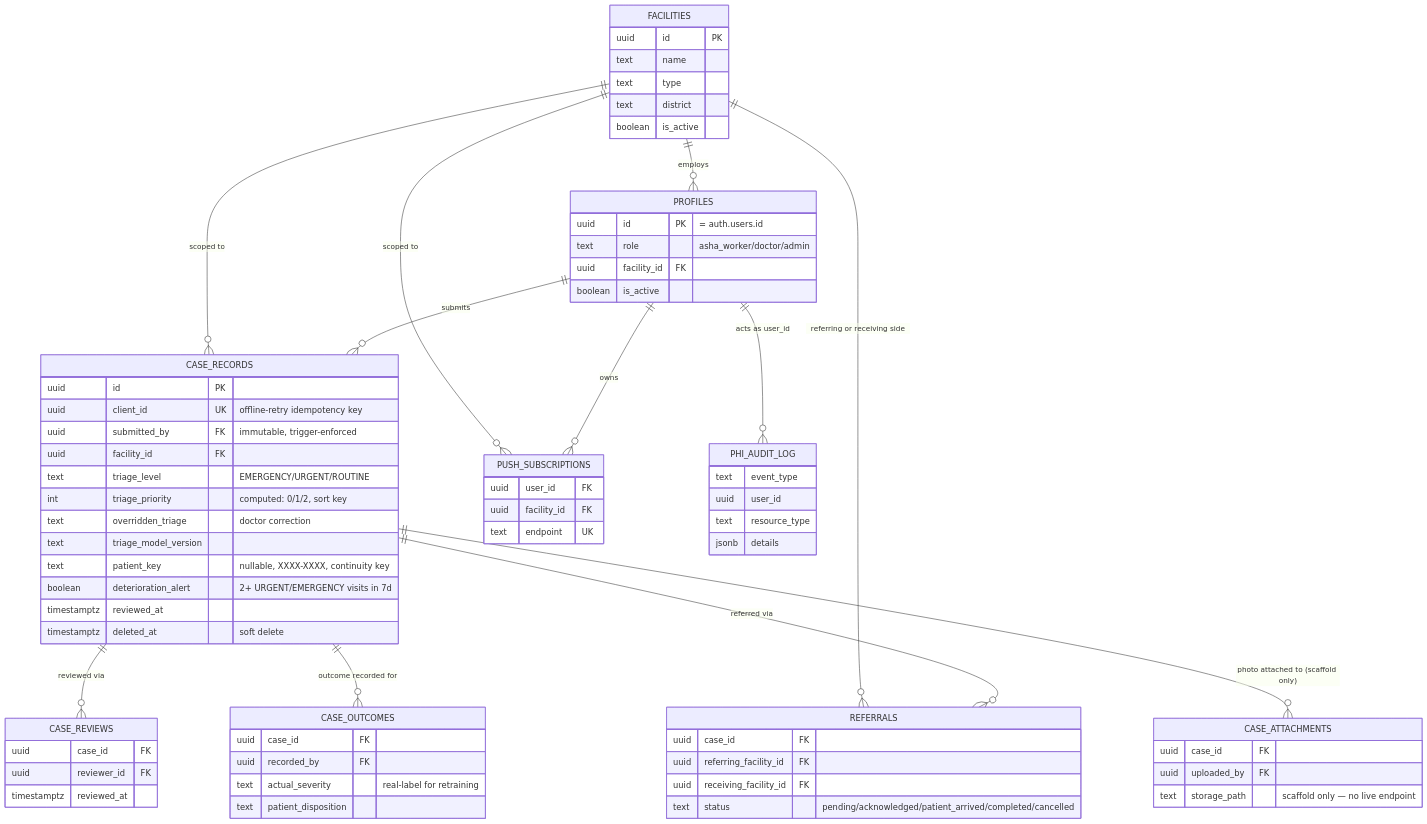
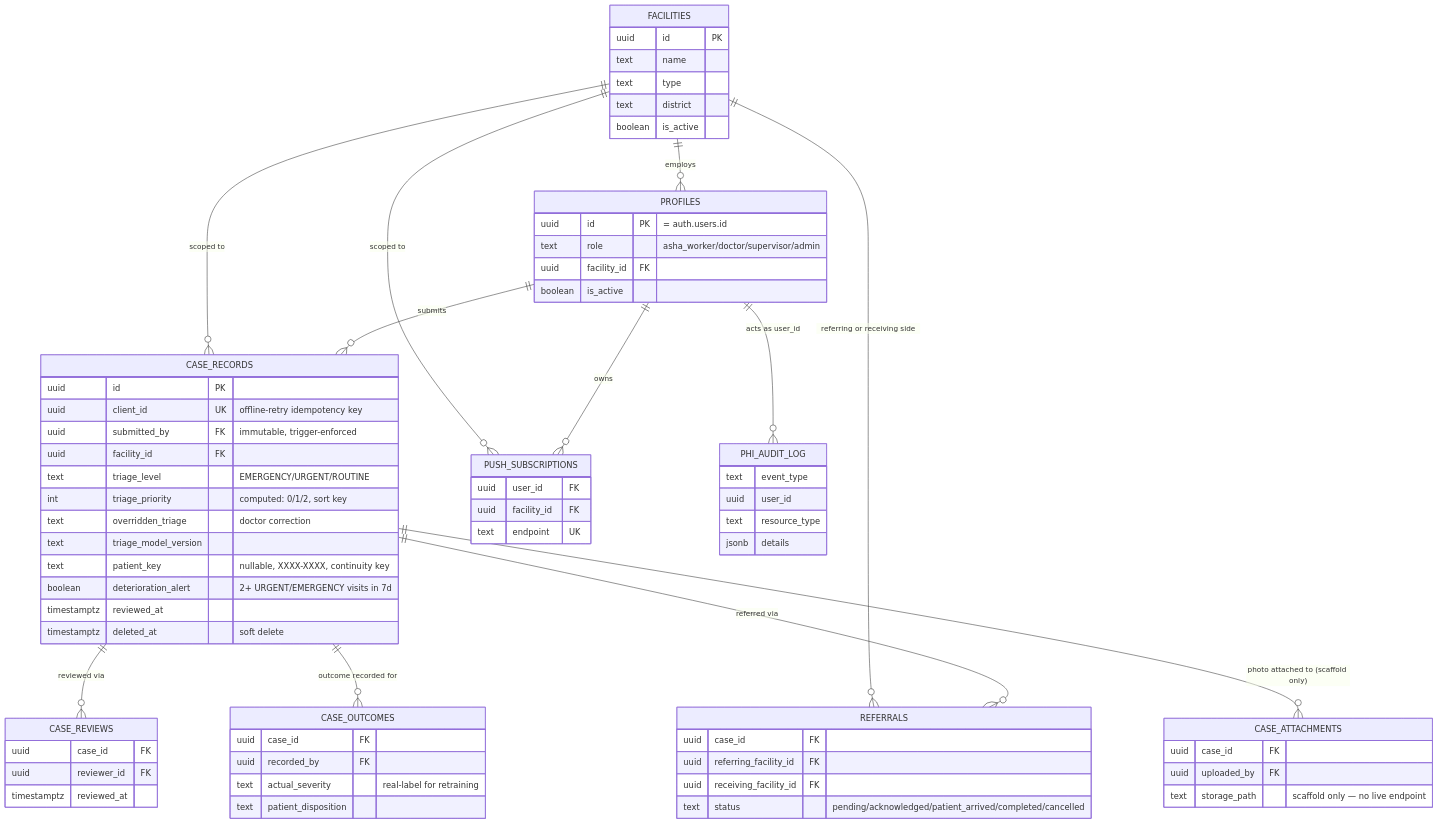
The third of 4 diagrams in CODEBASE_MAP.md (Lonely-Demon/VitalNet), drawn with Mermaid before and after one commit. The commit also changed other lines of this file and 15 other files, not shown here.

````diff
--- a/CODEBASE_MAP.md
+++ b/CODEBASE_MAP.md
@@ -697,75 +714,75 @@
 ```mermaid
 erDiagram
     FACILITIES ||--o{ PROFILES : employs
     FACILITIES ||--o{ CASE_RECORDS : "scoped to"
     FACILITIES ||--o{ PUSH_SUBSCRIPTIONS : "scoped to"
     FACILITIES ||--o{ REFERRALS : "referring or receiving side"
     PROFILES ||--o{ CASE_RECORDS : submits
     PROFILES ||--o{ PUSH_SUBSCRIPTIONS : owns
     PROFILES ||--o{ PHI_AUDIT_LOG : "acts as user_id"
     CASE_RECORDS ||--o{ CASE_REVIEWS : "reviewed via"
     CASE_RECORDS ||--o{ CASE_OUTCOMES : "outcome recorded for"
     CASE_RECORDS ||--o{ REFERRALS : "referred via"
     CASE_RECORDS ||--o{ CASE_ATTACHMENTS : "photo attached to (scaffold only)"
 
     FACILITIES {
         uuid id PK
         text name
         text type
         text district
         boolean is_active
     }
     PROFILES {
         uuid id PK "= auth.users.id"
-        text role "asha_worker/doctor/admin"
+        text role "asha_worker/doctor/supervisor/admin"
         uuid facility_id FK
         boolean is_active
     }
     CASE_RECORDS {
         uuid id PK
         uuid client_id UK "offline-retry idempotency key"
         uuid submitted_by FK "immutable, trigger-enforced"
         uuid facility_id FK
         text triage_level "EMERGENCY/URGENT/ROUTINE"
         int triage_priority "computed: 0/1/2, sort key"
         text overridden_triage "doctor correction"
         text triage_model_version
         text patient_key "nullable, XXXX-XXXX, continuity key"
         boolean deterioration_alert "2+ URGENT/EMERGENCY visits in 7d"
         timestamptz reviewed_at
         timestamptz deleted_at "soft delete"
     }
     CASE_REVIEWS {
         uuid case_id FK
         uuid reviewer_id FK
         timestamptz reviewed_at
     }
     CASE_OUTCOMES {
         uuid case_id FK
         uuid recorded_by FK
         text actual_severity "real-label for retraining"
         text patient_disposition
     }
     PHI_AUDIT_LOG {
         text event_type
         uuid user_id
         text resource_type
         jsonb details
     }
     PUSH_SUBSCRIPTIONS {
         uuid user_id FK
         uuid facility_id FK
         text endpoint UK
     }
     REFERRALS {
         uuid case_id FK
         uuid referring_facility_id FK
         uuid receiving_facility_id FK
         text status "pending/acknowledged/patient_arrived/completed/cancelled"
     }
     CASE_ATTACHMENTS {
         uuid case_id FK
         uuid uploaded_by FK
         text storage_path "scaffold only — no live endpoint"
     }
 ```
````
